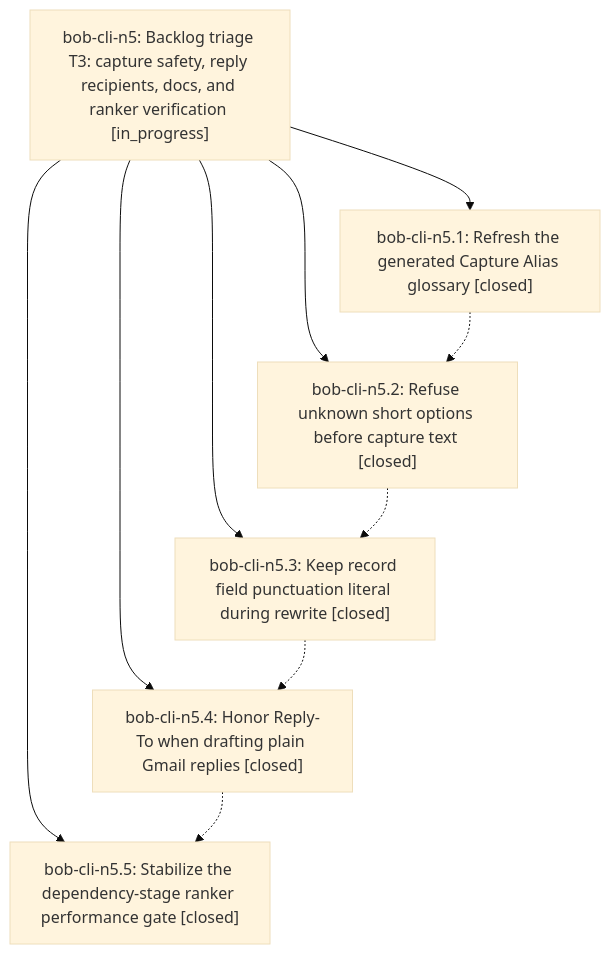
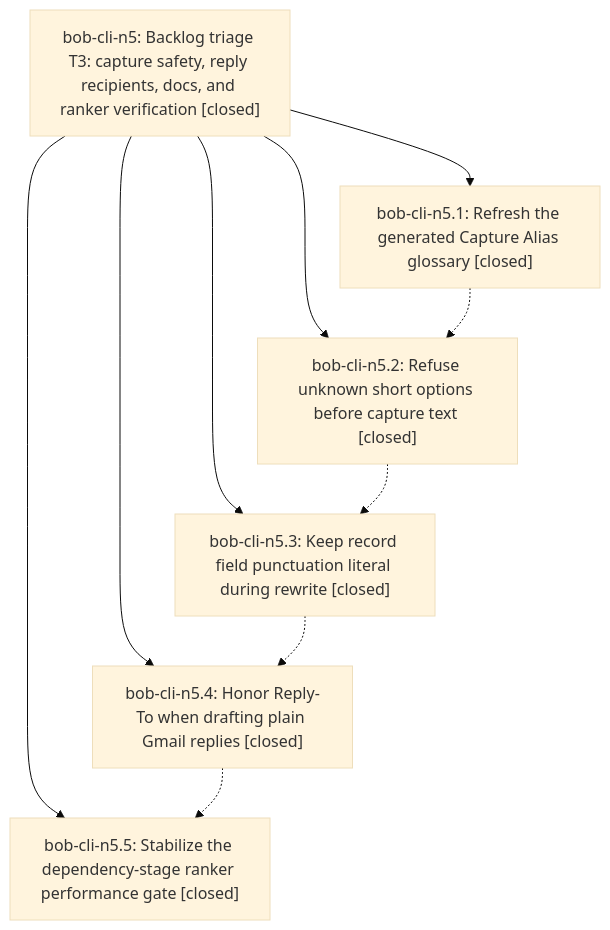
The diagram in pages/bob-cli-n5/README.md (bobs-org/bob-cli--beads), drawn with Mermaid (base theme) before and after one commit. The commit also changed other lines of this file and 5 other files, not shown here.

First line of the commit message:
chore(beads): sync bead state and pages for bob-cli-n5

````diff
--- a/pages/bob-cli-n5/README.md
+++ b/pages/bob-cli-n5/README.md
@@ -40,18 +46,18 @@
 ```mermaid
 flowchart TD
-    n0["bob-cli-n5: Backlog triage T3: capture safety, reply recipients, docs, and ranker verification [in_progress]"]
+    n0["bob-cli-n5: Backlog triage T3: capture safety, reply recipients, docs, and ranker verification [closed]"]
     n1["bob-cli-n5.1: Refresh the generated Capture Alias glossary [closed]"]
     n2["bob-cli-n5.2: Refuse unknown short options before capture text [closed]"]
     n3["bob-cli-n5.3: Keep record field punctuation literal during rewrite [closed]"]
     n4["bob-cli-n5.4: Honor Reply-To when drafting plain Gmail replies [closed]"]
     n5["bob-cli-n5.5: Stabilize the dependency-stage ranker performance gate [closed]"]
     n0 --> n1
     n0 --> n2
     n0 --> n3
     n0 --> n4
     n0 --> n5
     n1 -.-> n2
     n2 -.-> n3
     n3 -.-> n4
     n4 -.-> n5
 ```
````
